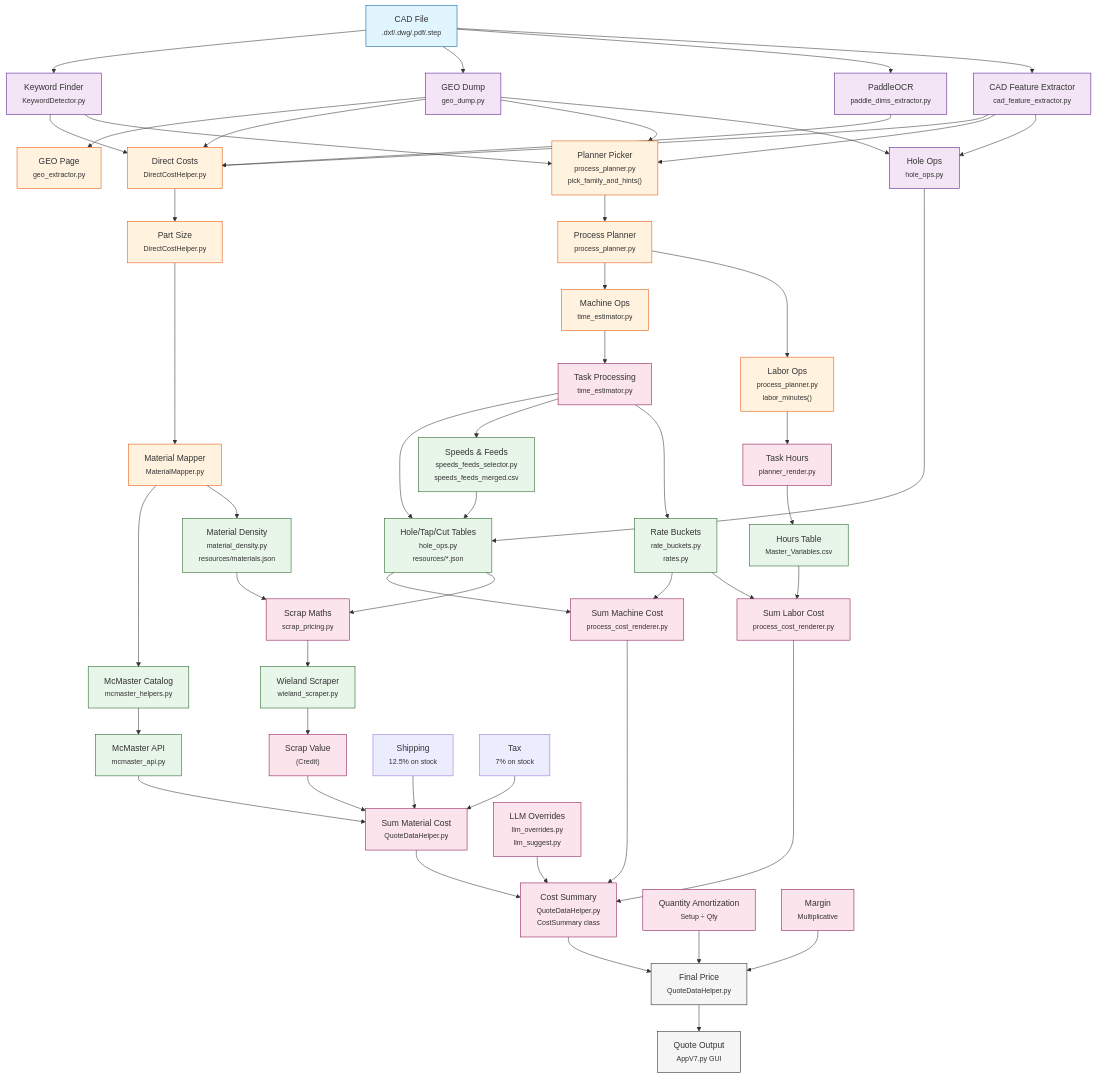
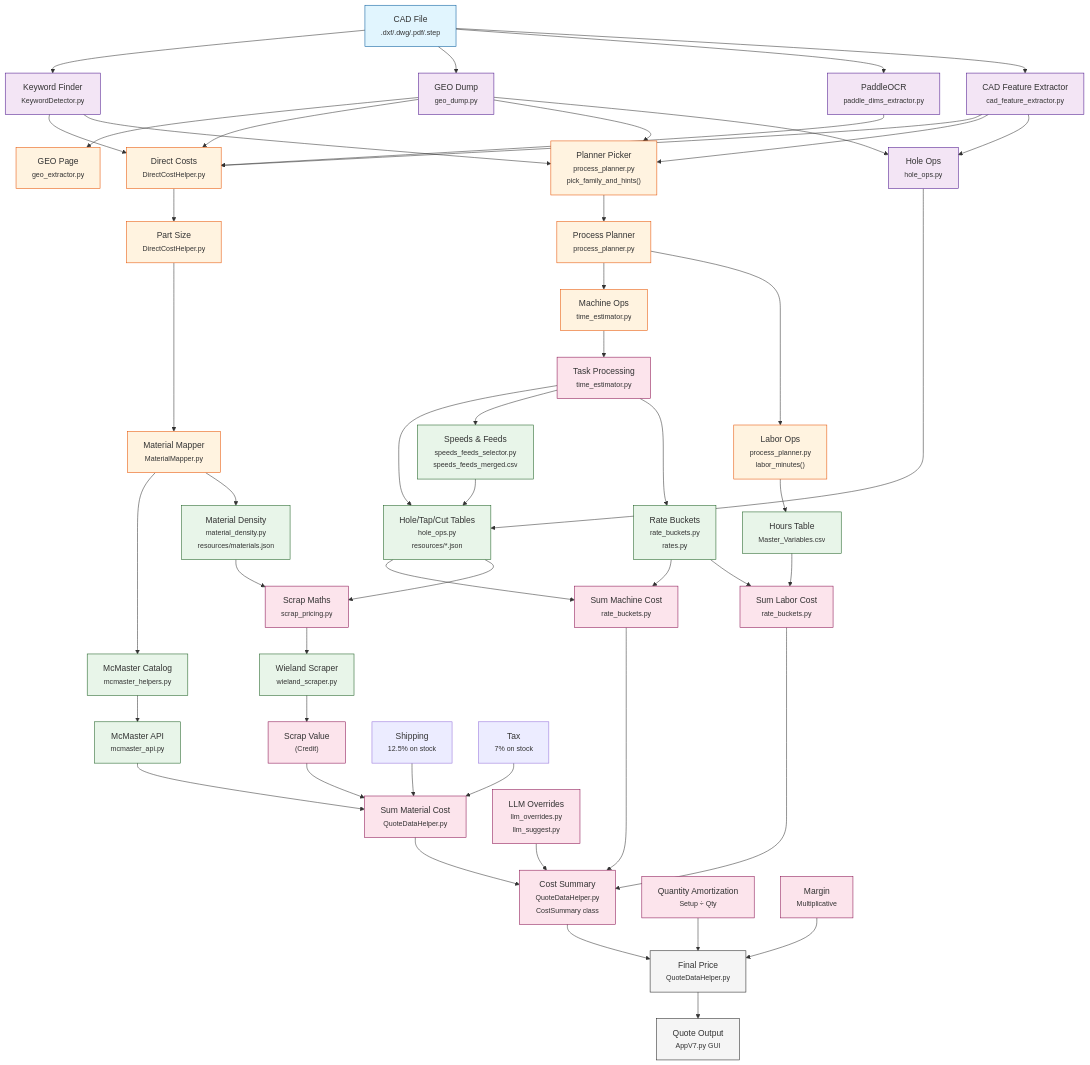
Before and after one commit to jwohlin2/CAD_Quoting_Tool: the diagram in docs/appV7_flowchart.md, drawn with Mermaid. The commit also changed other lines of this file and 8 other files, not shown here.

````diff
--- a/docs/appV7_flowchart.md
+++ b/docs/appV7_flowchart.md
@@ -75,17 +75,15 @@
     n8 --> n9 & n4
 
     %% Machine Cost
-    n9["Sum Machine Cost<br/><small>process_cost_renderer.py</small>"]
+    n9["Sum Machine Cost<br/><small>rate_buckets.py</small>"]
 
     %% Labor Path
-    L --> P
-    P["Task Hours<br/><small>planner_render.py</small>"]
-    P --> n7
+    L --> n7
     n7["Hours Table<br/><small>Master_Variables.csv</small>"]
     n7 --> n10
 
     %% Labor Cost
-    n10["Sum Labor Cost<br/><small>process_cost_renderer.py</small>"]
+    n10["Sum Labor Cost<br/><small>rate_buckets.py</small>"]
 
     %% Material Cost Aggregation
     n12 --> n13
@@ -129,6 +127,6 @@
     class B,C,D,E1,H1 extraction
     class E,F,G,H,I,J,K,L processing
     class n1,n2,n3,n5,n7,n8,n15,R1 data
-    class n4,n6,P,n9,n10,n12,n13,n11,OV,QTY,MRG cost
+    class n4,n6,n9,n10,n12,n13,n11,OV,QTY,MRG cost
     class n18,OUT output
 ```
````
